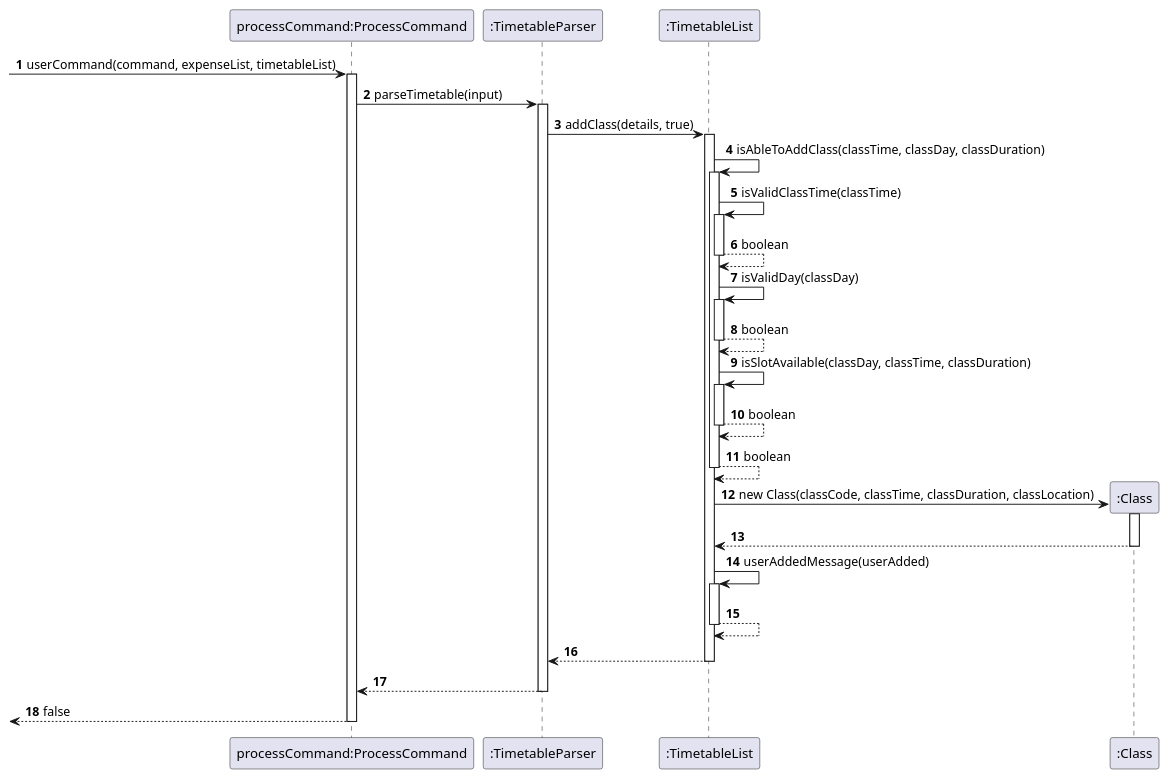
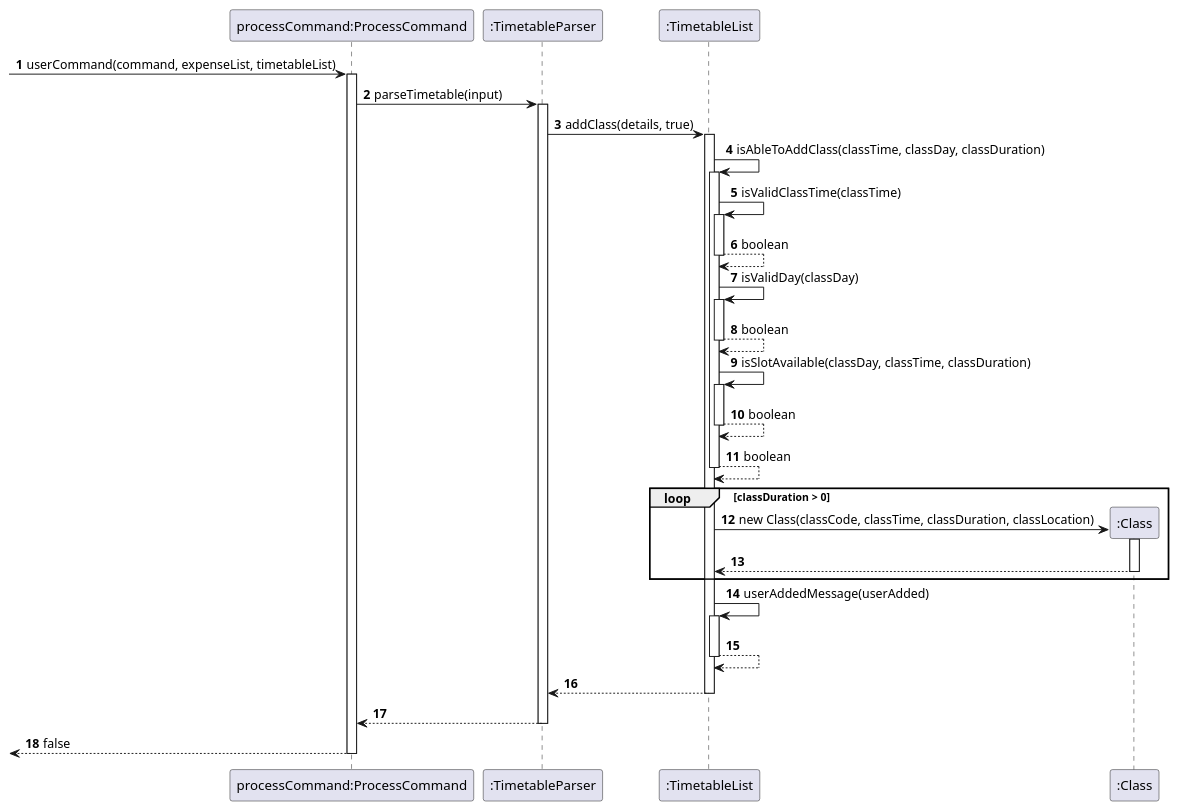
One commit to nyh3/tp changed the diagram in docs/diagrams/sequencediagram/AddClass.puml. Above: the diagram before and after it, drawn with PlantUML. The commit also changed 5 other files, not shown here.

Commit message:
Update diagrams and added explanation

```diff
--- a/docs/diagrams/sequencediagram/AddClass.puml
+++ b/docs/diagrams/sequencediagram/AddClass.puml
@@ -1,65 +1,67 @@
 @startuml
 'https://plantuml.com/sequence-diagram
 
 autonumber
 participant "processCommand:ProcessCommand" as processCommand
 participant ":TimetableParser" as timetableParser
 participant ":TimetableList" as timetableList
 participant ":Class" as class
 
 [-> processCommand: userCommand(command, expenseList, timetableList)
 activate processCommand
 
 processCommand -> timetableParser: parseTimetable(input)
 activate timetableParser
 
 timetableParser -> timetableList: addClass(details, true)
 activate timetableList
 
 timetableList -> timetableList: isAbleToAddClass(classTime, classDay, classDuration)
 activate timetableList
 
 timetableList -> timetableList: isValidClassTime(classTime)
 activate timetableList
 
 timetableList --> timetableList: boolean
 deactivate timetableList
 
 timetableList -> timetableList: isValidDay(classDay)
 activate timetableList
 
 timetableList --> timetableList: boolean
 deactivate timetableList
 
 timetableList -> timetableList: isSlotAvailable(classDay, classTime, classDuration)
 activate timetableList
 
 timetableList --> timetableList: boolean
 deactivate timetableList
 
 timetableList --> timetableList: boolean
 deactivate timetableList
 
-create class
-timetableList -> class: new Class(classCode, classTime, classDuration, classLocation)
-activate class
+loop classDuration > 0
+    create class
+    timetableList -> class: new Class(classCode, classTime, classDuration, classLocation)
+    activate class
 
-class --> timetableList:
-deactivate class
+    class --> timetableList:
+    deactivate class
+end
 
 timetableList -> timetableList: userAddedMessage(userAdded)
 activate timetableList
 
 timetableList --> timetableList:
 deactivate timetableList
 
 timetableList --> timetableParser:
 deactivate timetableList
 
 timetableParser --> processCommand:
 deactivate timetableParser
 
 processCommand -->[: false
 deactivate processCommand
 
 @enduml
```
